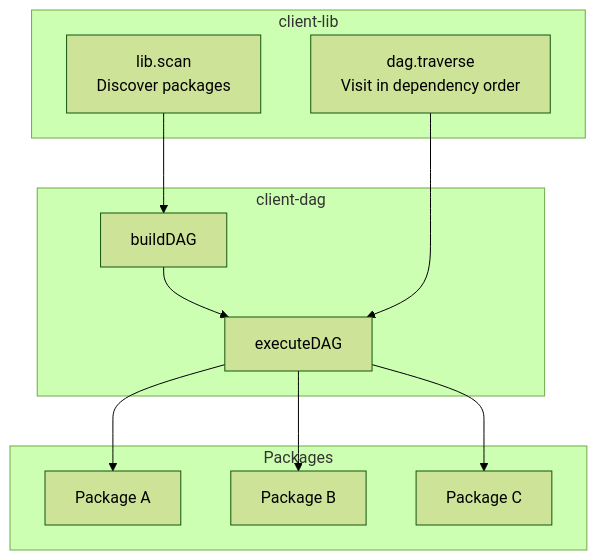
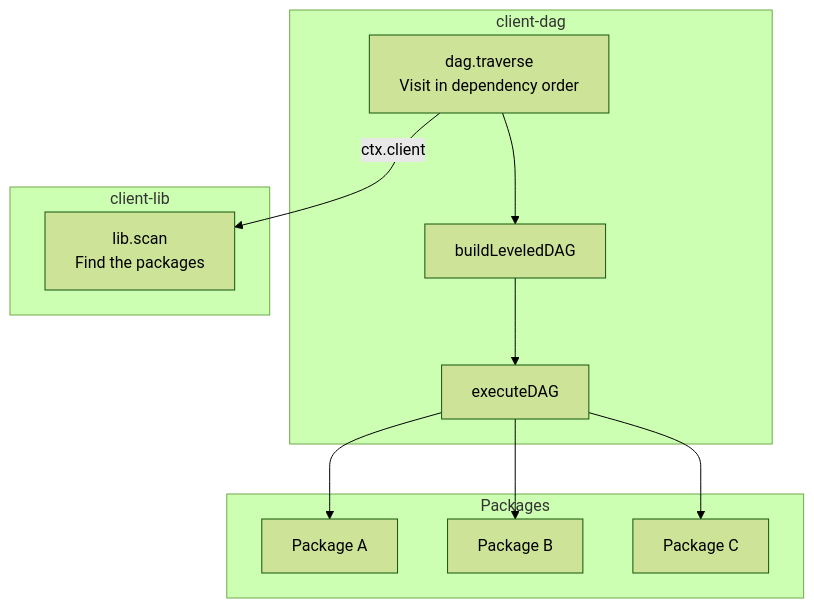
The sixth of 6 diagrams in packages/client-dag/README.md (mark1russell7/client), drawn with Mermaid (forest theme) before and after one commit. The commit also changed other lines of this file and 22 other files, not shown here.

First line of the commit message:
Move dag.traverse from client-lib to client-dag

````diff
--- a/packages/client-dag/README.md
+++ b/packages/client-dag/README.md
@@ -446,25 +480,25 @@
 ```mermaid
 graph TB
-    subgraph "client-lib"
-        Scan[lib.scan<br/>Discover packages]
+    subgraph "client-dag"
         Traverse[dag.traverse<br/>Visit in dependency order]
+        Build[buildLeveledDAG]
+        Execute[executeDAG]
     end
 
-    subgraph "client-dag"
-        Build[buildDAG]
-        Execute[executeDAG]
+    subgraph "client-lib"
+        Scan[lib.scan<br/>Find the packages]
     end
 
     subgraph "Packages"
         P1[Package A]
         P2[Package B]
         P3[Package C]
     end
 
-    Scan --> Build
+    Traverse -->|ctx.client| Scan
+    Traverse --> Build
     Build --> Execute
-    Traverse --> Execute
     Execute --> P1
     Execute --> P2
     Execute --> P3
 ```
````
